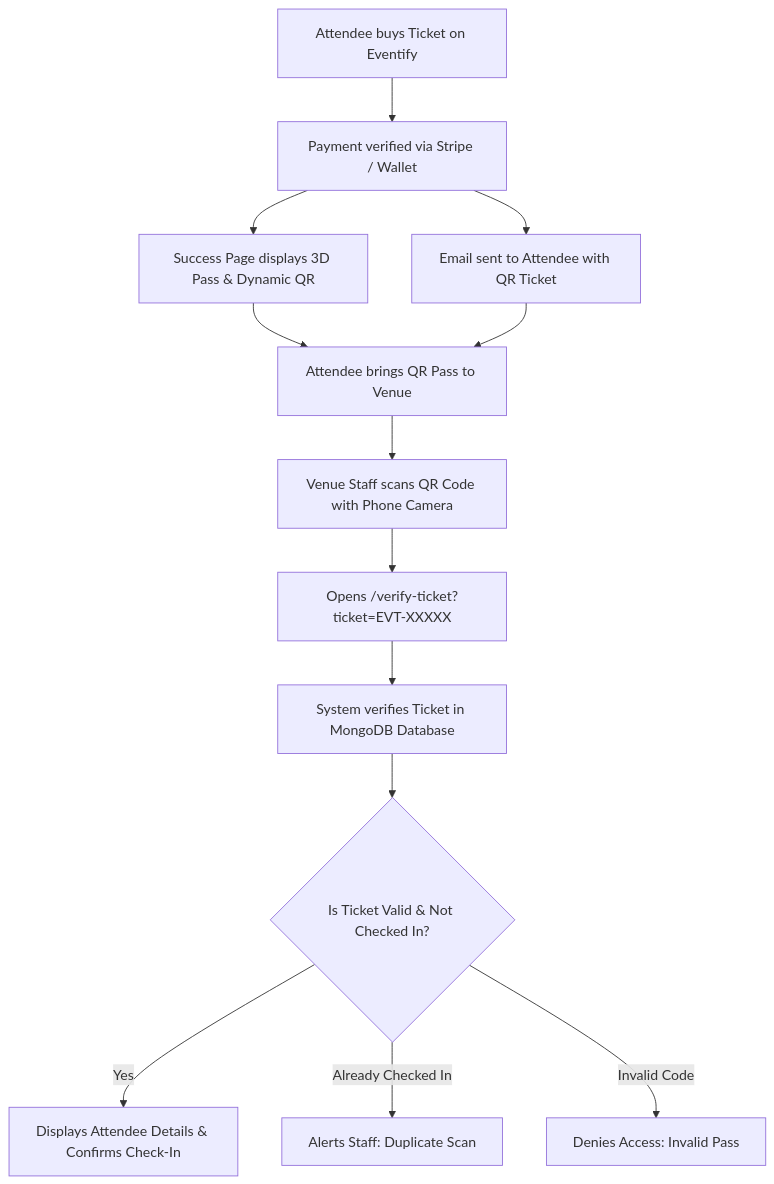
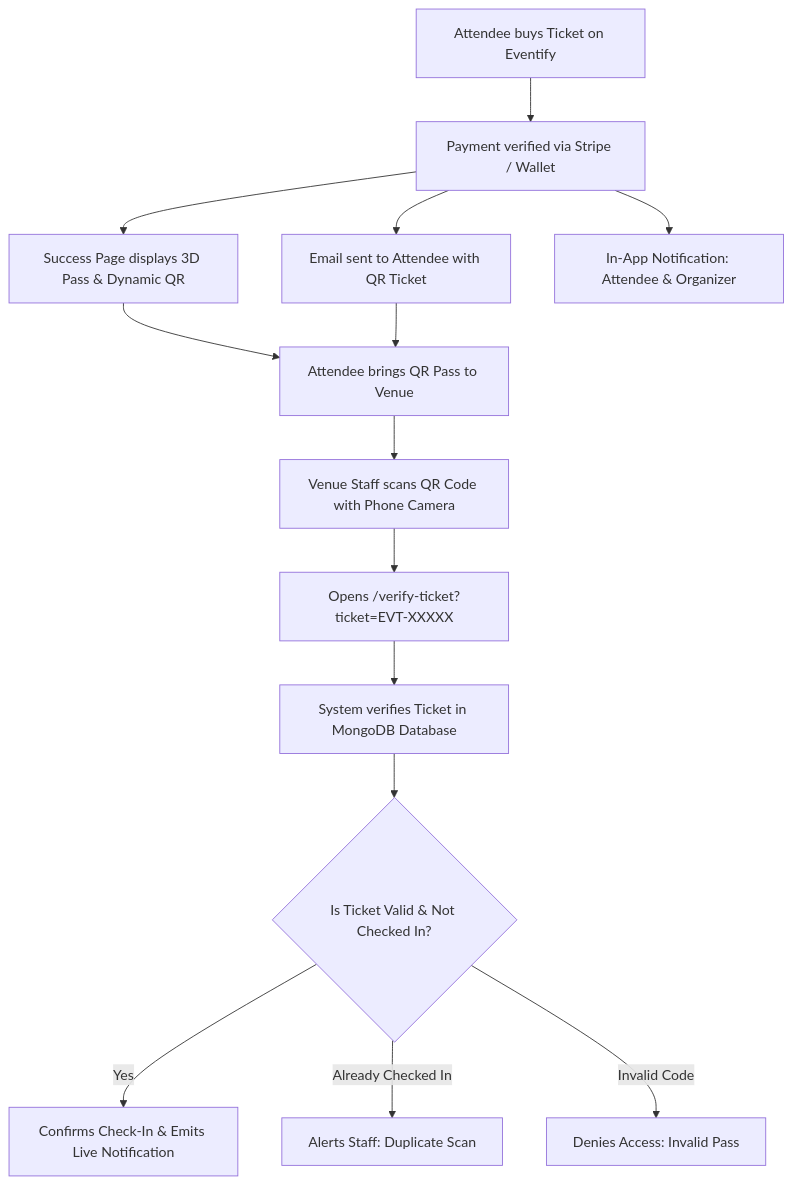
The diagram in README.md (ABDROJR20/eventify), drawn with Mermaid before and after one commit. The commit also changed other lines of this file and 11 other files, not shown here.

````diff
--- a/README.md
+++ b/README.md
@@ -173,15 +229,16 @@
 ```mermaid
 graph TD
     A[Attendee buys Ticket on Eventify] --> B[Payment verified via Stripe / Wallet]
     B --> C[Success Page displays 3D Pass & Dynamic QR]
     B --> D[Email sent to Attendee with QR Ticket]
+    B --> N1[In-App Notification: Attendee & Organizer]
     C --> E[Attendee brings QR Pass to Venue]
     D --> E
     E --> F[Venue Staff scans QR Code with Phone Camera]
     F --> G[Opens /verify-ticket?ticket=EVT-XXXXX]
     G --> H[System verifies Ticket in MongoDB Database]
     H --> I{Is Ticket Valid & Not Checked In?}
-    I -- Yes --> J[Displays Attendee Details & Confirms Check-In]
+    I -- Yes --> J[Confirms Check-In & Emits Live Notification]
     I -- Already Checked In --> K[Alerts Staff: Duplicate Scan]
     I -- Invalid Code --> L[Denies Access: Invalid Pass]
 ```
````
